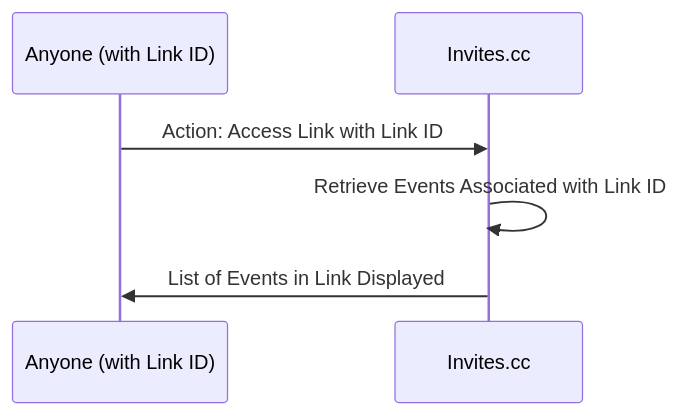
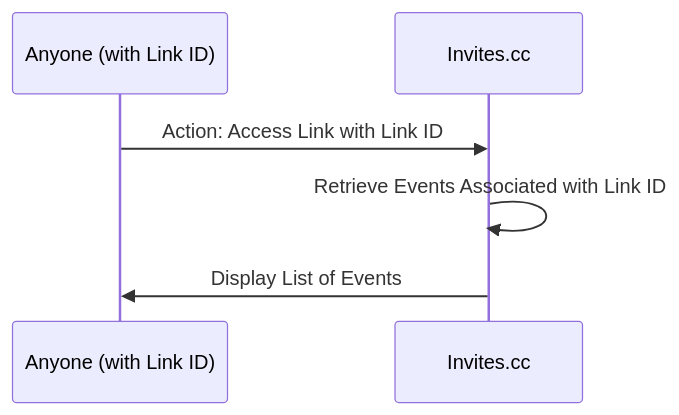
The tenth of 13 diagrams in docs/design-doc.md (ichilabs/invites.cc), drawn with Mermaid before and after one commit. The commit also changed other lines of this file, not shown here.

````diff
--- a/docs/design-doc.md
+++ b/docs/design-doc.md
@@ -148,9 +305,9 @@
 ```mermaid
 sequenceDiagram
     participant User as Anyone (with Link ID)
     participant Invites as Invites.cc
     
     User ->> Invites: Action: Access Link with Link ID
     Invites ->> Invites: Retrieve Events Associated with Link ID
-    Invites ->> User: List of Events in Link Displayed
+    Invites ->> User: Display List of Events
 ```
````
